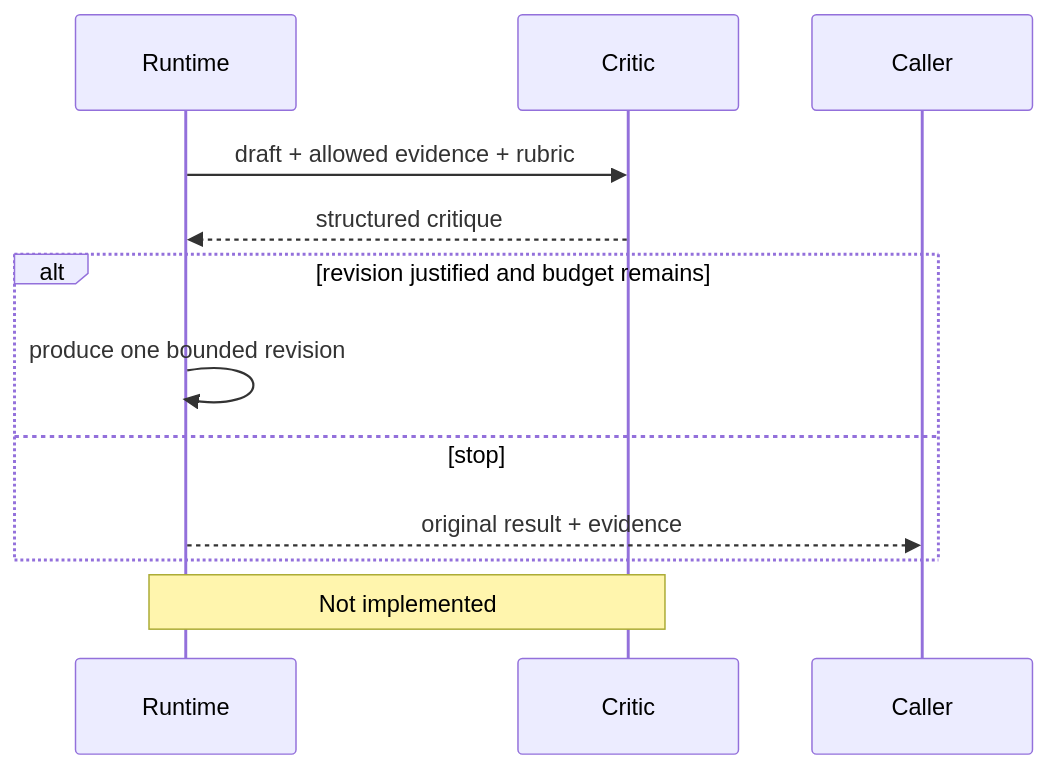
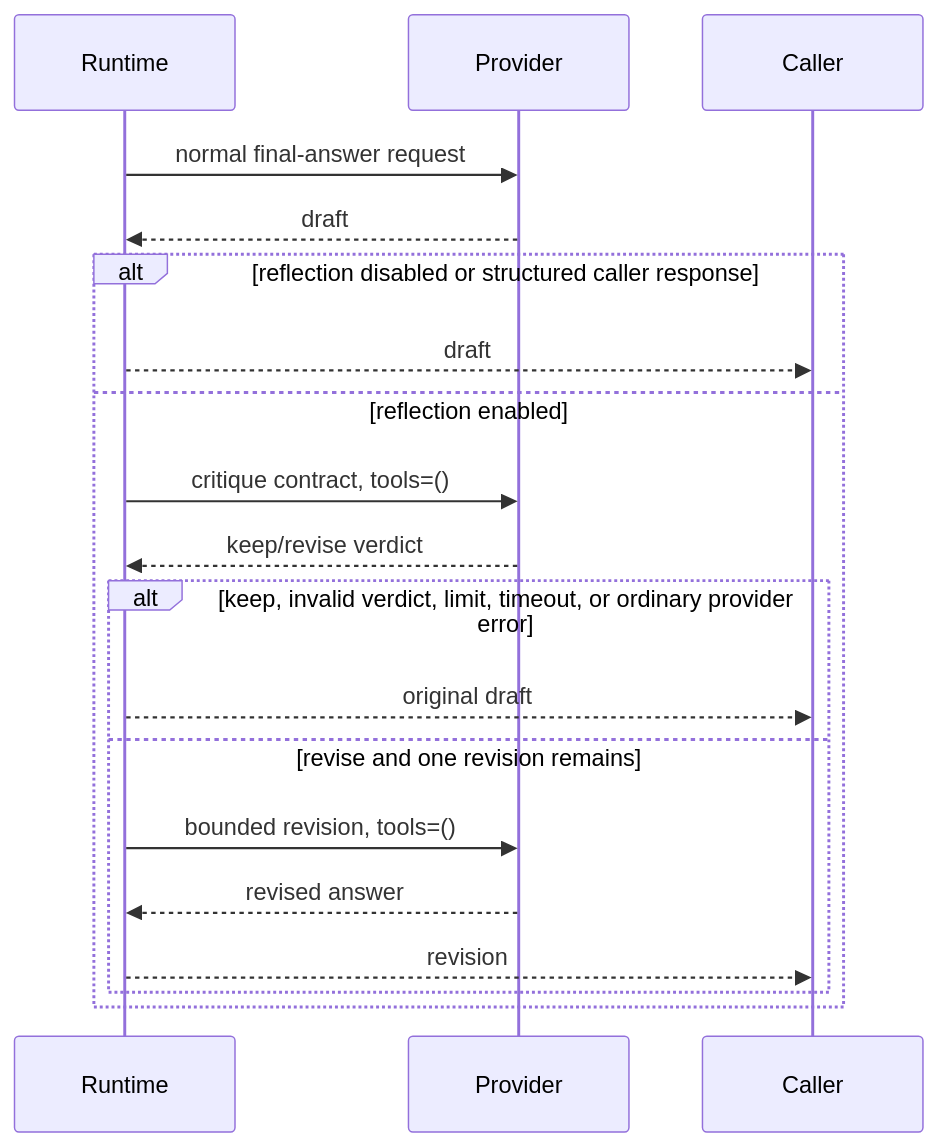
Before and after one commit to levalencia/archon: the second of 2 diagrams in docs/course/concepts/generic-self-reflection.md, drawn with Mermaid. The commit also changed other lines of this file and 8 other files, not shown here.

Commit message:
docs: close bounded reflection slice

````diff
--- a/docs/course/concepts/generic-self-reflection.md
+++ b/docs/course/concepts/generic-self-reflection.md
@@ -31,11 +34,18 @@
 ```mermaid
 sequenceDiagram
-    Runtime->>Critic: draft + allowed evidence + rubric
-    Critic-->>Runtime: structured critique
-    alt revision justified and budget remains
-      Runtime->>Runtime: produce one bounded revision
-    else stop
-      Runtime-->>Caller: original result + evidence
+    Runtime->>Provider: normal final-answer request
+    Provider-->>Runtime: draft
+    alt reflection disabled or structured caller response
+        Runtime-->>Caller: draft
+    else reflection enabled
+        Runtime->>Provider: critique contract, tools=()
+        Provider-->>Runtime: keep/revise verdict
+        alt keep, invalid verdict, limit, timeout, or ordinary provider error
+            Runtime-->>Caller: original draft
+        else revise and one revision remains
+            Runtime->>Provider: bounded revision, tools=()
+            Provider-->>Runtime: revised answer
+            Runtime-->>Caller: revision
+        end
     end
-    Note over Runtime,Critic: Not implemented
 ```
````
